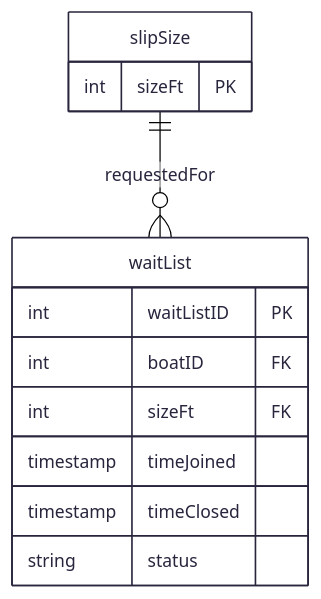
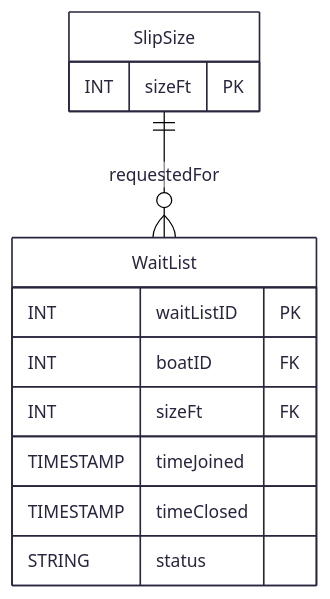
Before and after one commit to BobbyJoeCool/csd460-blueteam: the diagram in Module-3/SARA-ERD_MMD/waitlist_slipsize.mmd, drawn with Mermaid. The commit also changed 21 other files, not shown here.

Commit message:
Push Finalized ERD

```diff
--- a/Module-3/SARA-ERD_MMD/waitlist_slipsize.mmd
+++ b/Module-3/SARA-ERD_MMD/waitlist_slipsize.mmd
@@ -1,19 +1,19 @@
 ---
 config:
   theme: redux
 ---
 erDiagram
-    slipSize {
-        int sizeFt PK
+    SlipSize {
+        INT sizeFt PK
     }
 
-    waitList {
-        int waitListID PK
-        int boatID FK
-        int sizeFt FK
-        timestamp timeJoined
-        timestamp timeClosed
-        string status
+    WaitList {
+        INT waitListID PK
+        INT boatID FK
+        INT sizeFt FK
+        TIMESTAMP timeJoined
+        TIMESTAMP timeClosed
+        STRING status
     }
-    
-    slipSize ||--o{ waitList : requestedFor
+
+    SlipSize ||--o{ WaitList : requestedFor
```
